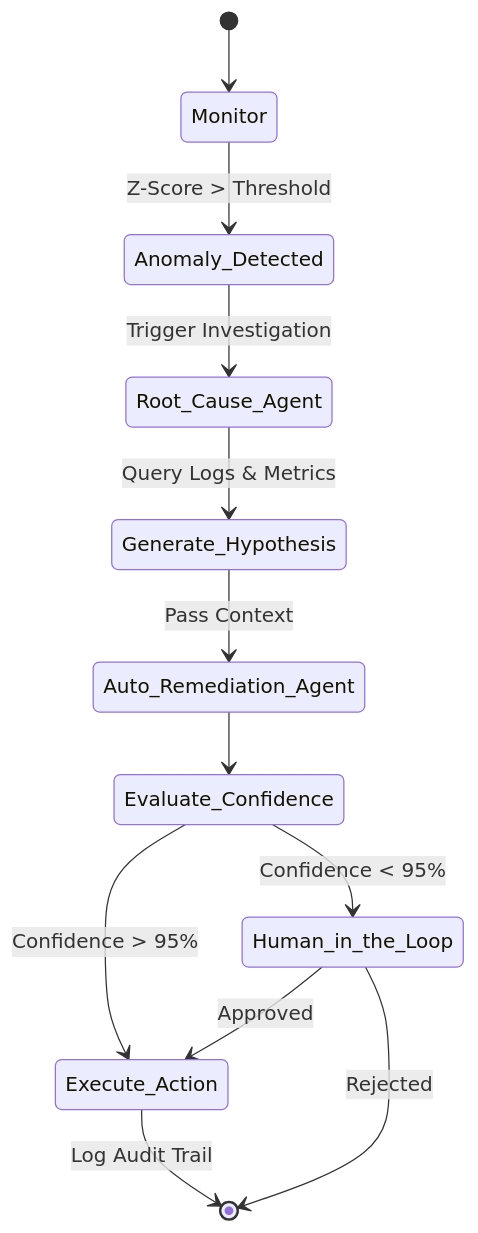
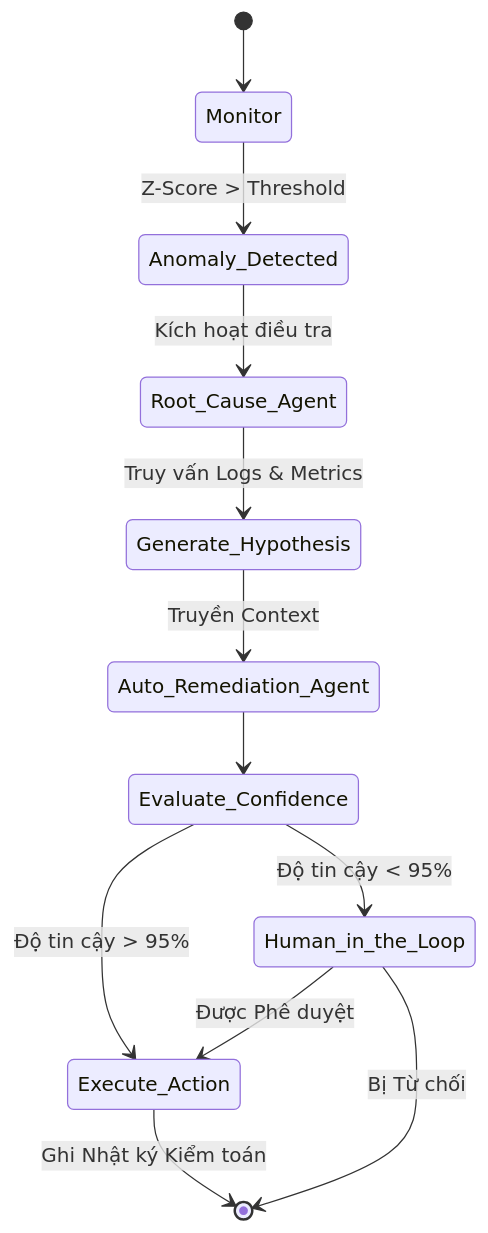
One commit to alan-do/frt-finops-gitbook changed the fifth of 5 diagrams in pages/architecture.vi.mdx. Above: the diagram before and after it, drawn with Mermaid. The commit also changed other lines of this file, not shown here.

````diff
--- a/pages/architecture.vi.mdx
+++ b/pages/architecture.vi.mdx
@@ -188,14 +188,14 @@
 ```mermaid
 stateDiagram-v2
     [*] --> Monitor
     Monitor --> Anomaly_Detected : Z-Score > Threshold
-    Anomaly_Detected --> Root_Cause_Agent : Trigger Investigation
-    Root_Cause_Agent --> Generate_Hypothesis : Query Logs & Metrics
-    Generate_Hypothesis --> Auto_Remediation_Agent : Pass Context
+    Anomaly_Detected --> Root_Cause_Agent : Kích hoạt điều tra
+    Root_Cause_Agent --> Generate_Hypothesis : Truy vấn Logs & Metrics
+    Generate_Hypothesis --> Auto_Remediation_Agent : Truyền Context
     Auto_Remediation_Agent --> Evaluate_Confidence
-    Evaluate_Confidence --> Execute_Action : Confidence > 95%
-    Evaluate_Confidence --> Human_in_the_Loop : Confidence < 95%
-    Human_in_the_Loop --> Execute_Action : Approved
-    Human_in_the_Loop --> [*] : Rejected
-    Execute_Action --> [*] : Log Audit Trail
+    Evaluate_Confidence --> Execute_Action : Độ tin cậy > 95%
+    Evaluate_Confidence --> Human_in_the_Loop : Độ tin cậy < 95%
+    Human_in_the_Loop --> Execute_Action : Được Phê duyệt
+    Human_in_the_Loop --> [*] : Bị Từ chối
+    Execute_Action --> [*] : Ghi Nhật ký Kiểm toán
 ```
````
